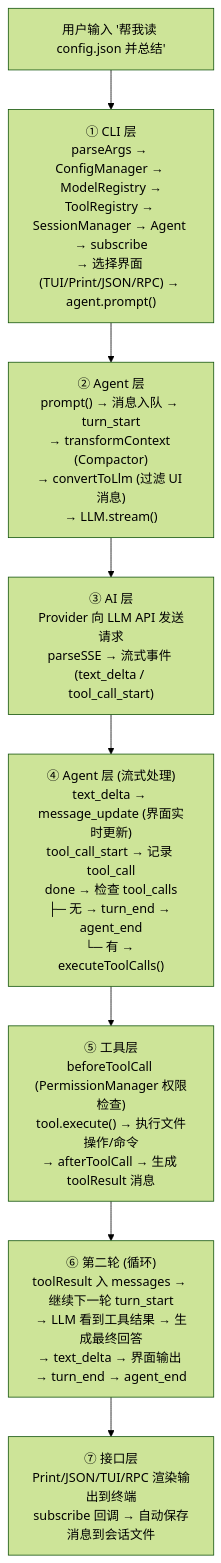
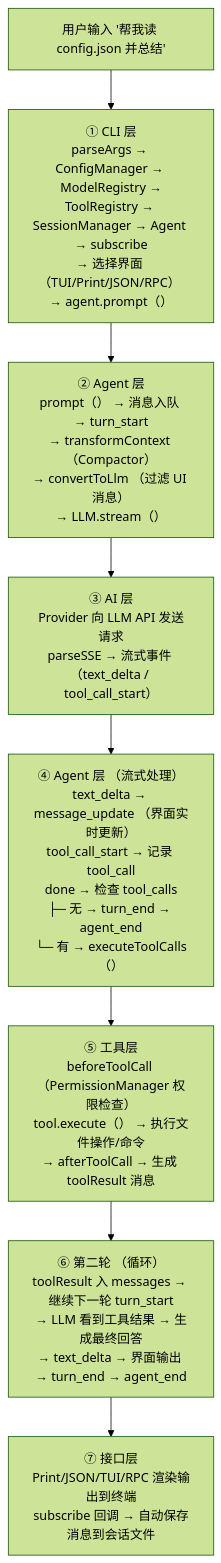
Before and after one commit to KNeegcyao/my-easy-pi: the second of 2 diagrams in docs/09-putting-it-together/README.md, drawn with Mermaid (forest theme). The commit also changed other lines of this file and 25 other files, not shown here.

First line of the commit message:
fix: 修复 Mermaid 图表语法错误

````diff
--- a/docs/09-putting-it-together/README.md
+++ b/docs/09-putting-it-together/README.md
@@ -105,10 +105,10 @@
 ```mermaid
 flowchart TD
-    Input["用户输入 '帮我读 config.json 并总结'"] --> CLI["① CLI 层<br/>parseArgs → ConfigManager → ModelRegistry →<br/>ToolRegistry → SessionManager → Agent → subscribe<br/>→ 选择界面 (TUI/Print/JSON/RPC) → agent.prompt()"]
-    CLI --> Agent1["② Agent 层<br/>prompt() → 消息入队 → turn_start<br/>→ transformContext (Compactor)<br/>→ convertToLlm (过滤 UI 消息)<br/>→ LLM.stream()"]
-    Agent1 --> AI["③ AI 层<br/>Provider 向 LLM API 发送请求<br/>parseSSE → 流式事件 (text_delta / tool_call_start)"]
-    AI --> Agent2["④ Agent 层 (流式处理)<br/>text_delta → message_update (界面实时更新)<br/>tool_call_start → 记录 tool_call<br/>done → 检查 tool_calls<br/>├─ 无 → turn_end → agent_end<br/>└─ 有 → executeToolCalls()"]
-    Agent2 --> Tools["⑤ 工具层<br/>beforeToolCall (PermissionManager 权限检查)<br/>tool.execute() → 执行文件操作/命令<br/>→ afterToolCall → 生成 toolResult 消息"]
-    Tools --> Round2["⑥ 第二轮 (循环)<br/>toolResult 入 messages → 继续下一轮 turn_start<br/>→ LLM 看到工具结果 → 生成最终回答<br/>→ text_delta → 界面输出 → turn_end → agent_end"]
+    Input["用户输入 '帮我读 config.json 并总结'"] --> CLI["① CLI 层<br/>parseArgs → ConfigManager → ModelRegistry →<br/>ToolRegistry → SessionManager → Agent → subscribe<br/>→ 选择界面 （TUI/Print/JSON/RPC） → agent.prompt（）"]
+    CLI --> Agent1["② Agent 层<br/>prompt（） → 消息入队 → turn_start<br/>→ transformContext （Compactor）<br/>→ convertToLlm （过滤 UI 消息）<br/>→ LLM.stream（）"]
+    Agent1 --> AI["③ AI 层<br/>Provider 向 LLM API 发送请求<br/>parseSSE → 流式事件 （text_delta / tool_call_start）"]
+    AI --> Agent2["④ Agent 层 （流式处理）<br/>text_delta → message_update （界面实时更新）<br/>tool_call_start → 记录 tool_call<br/>done → 检查 tool_calls<br/>├─ 无 → turn_end → agent_end<br/>└─ 有 → executeToolCalls（）"]
+    Agent2 --> Tools["⑤ 工具层<br/>beforeToolCall （PermissionManager 权限检查）<br/>tool.execute（） → 执行文件操作/命令<br/>→ afterToolCall → 生成 toolResult 消息"]
+    Tools --> Round2["⑥ 第二轮 （循环）<br/>toolResult 入 messages → 继续下一轮 turn_start<br/>→ LLM 看到工具结果 → 生成最终回答<br/>→ text_delta → 界面输出 → turn_end → agent_end"]
     Round2 --> Interface["⑦ 接口层<br/>Print/JSON/TUI/RPC 渲染输出到终端<br/>subscribe 回调 → 自动保存消息到会话文件"]
 ```
````
